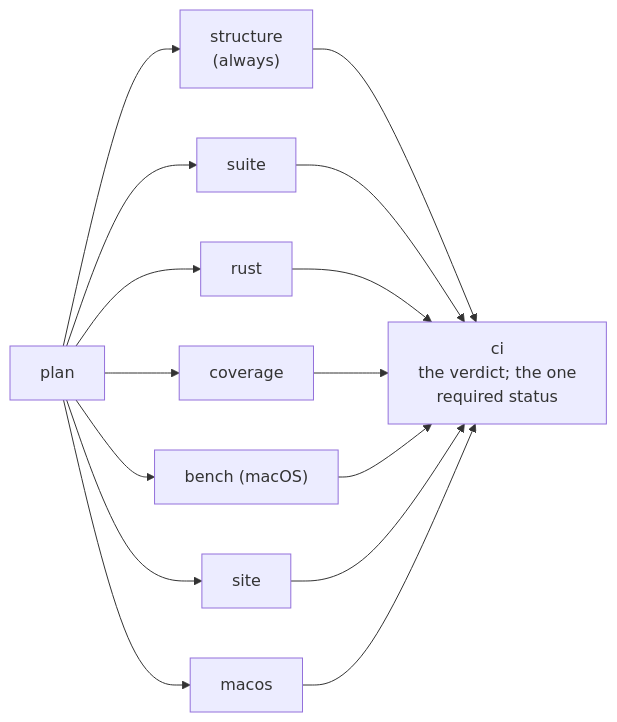
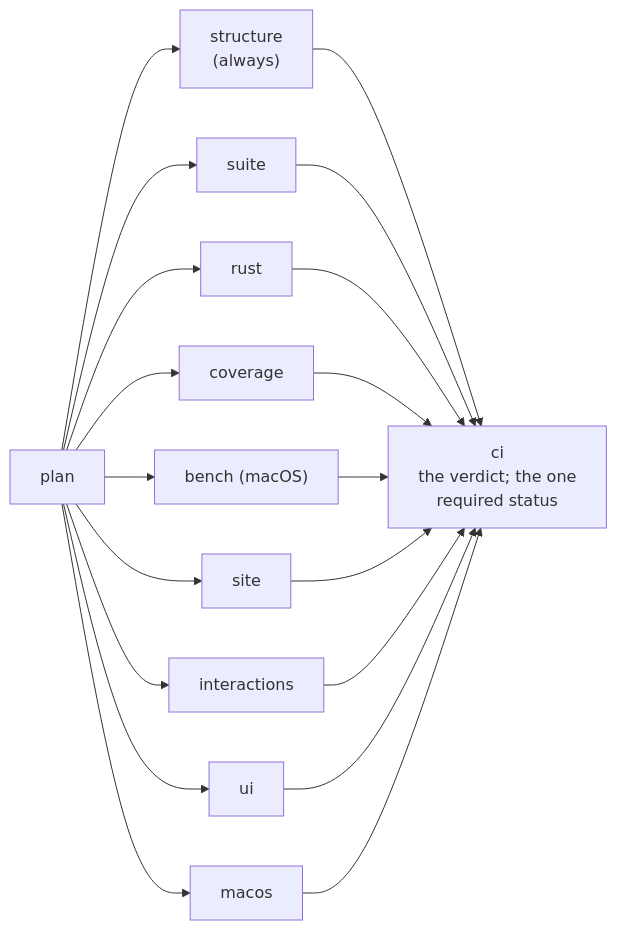
The first of 2 diagrams in docs/CI.md (korczis/prismatic-majordomus), drawn with Mermaid before and after one commit. The commit also changed 12 other files, not shown here.

````diff
--- a/docs/CI.md
+++ b/docs/CI.md
@@ -14,11 +14,13 @@
 ```mermaid
 flowchart LR
   plan["plan"] --> structure["structure<br>(always)"]
   plan --> suite["suite"]
   plan --> rust["rust"]
   plan --> coverage["coverage"]
   plan --> bench["bench (macOS)"]
   plan --> site["site"]
+  plan --> interactions["interactions"]
+  plan --> ui["ui"]
   plan --> macos["macos"]
-  structure & suite & rust & coverage & bench & site & macos --> ci["ci<br>the verdict; the one<br>required status"]
+  structure & suite & rust & coverage & bench & site & interactions & ui & macos --> ci["ci<br>the verdict; the one<br>required status"]
 ```
````
